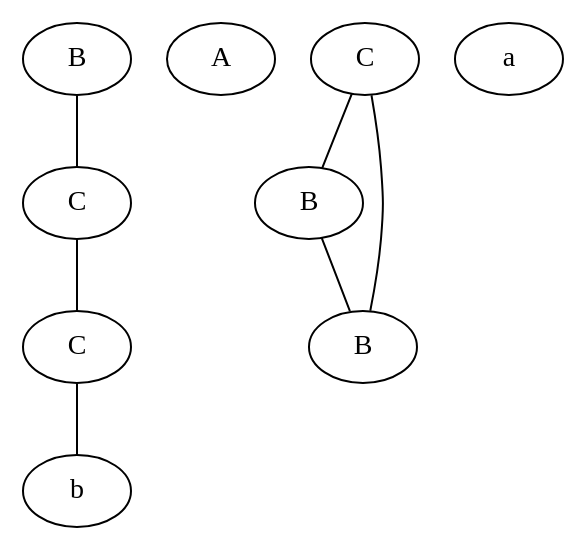
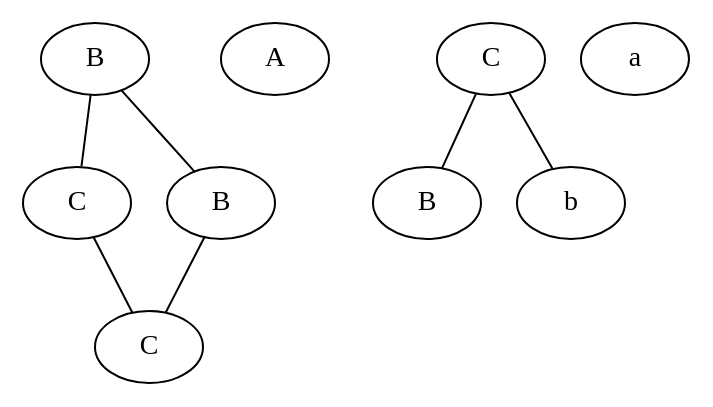
The diagram in Epoch5.gv (peep-hole/TiAG-Project), drawn with Graphviz before and after one commit. The commit also changed 10 other files, not shown here.

```diff
--- a/Epoch5.gv
+++ b/Epoch5.gv
@@ -1,17 +1,17 @@
 strict graph G {
   1 [ label="B" ];
   2 [ label="C" ];
+  3 [ label="B" ];
   4 [ label="C" ];
   0 [ label="A" ];
   6 [ label="C" ];
   7 [ label="B" ];
-  8 [ label="B" ];
   5 [ label="a" ];
-  3 [ label="b" ];
+  8 [ label="b" ];
   1 -- 2;
+  3 -- 4;
+  1 -- 3;
   2 -- 4;
   6 -- 7;
-  7 -- 8;
-  8 -- 6;
-  4 -- 3;
+  6 -- 8;
 }
```
